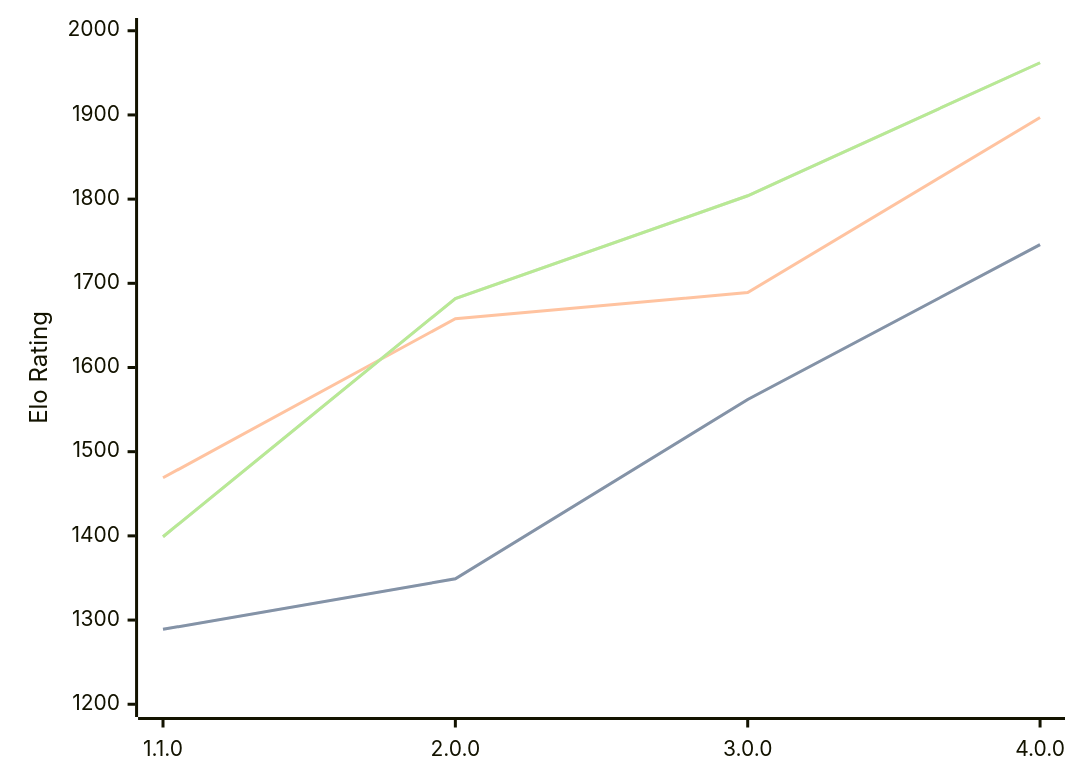
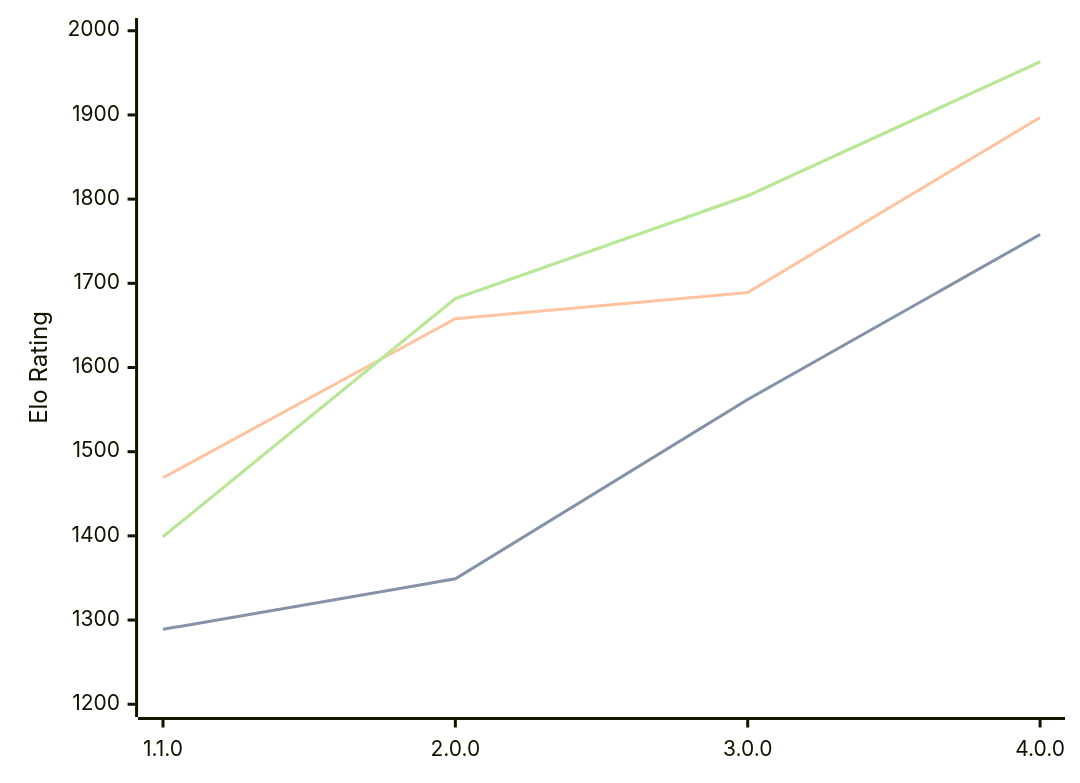
Before and after one commit to computer-chess-index/cci: the first of 3 diagrams in engines/Laura.md, drawn with Mermaid. The commit also changed other lines of this file, not shown here.

Commit message:
Update CCI Ratings (ELO VLTC) - 2026-07-08

````diff
--- a/engines/Laura.md
+++ b/engines/Laura.md
@@ -35,11 +35,11 @@
 ```mermaid
 %%{init: {"theme":"base","themeVariables":{"seriesColors:['#a3a3a3','#222221','#faa371']}}}%%
 xychart-beta
   x-axis ["1.1.0", "2.0.0", "3.0.0", "4.0.0"]
   y-axis "Elo Rating" 1200 --> 2000
-  line "STC (8.0+0.08s)" [1289, 1349, 1562, 1746]
-  line "STC (8.0+0.08s)" [1289, 1349, 1562, 1746]
+  line "STC (8.0+0.08s)" [1289, 1349, 1562, 1758]
+  line "STC (8.0+0.08s)" [1289, 1349, 1562, 1758]
   line "LTC (60.0+0.60s)" [1469, 1658, 1689, 1897]
-  line "VLTC (2m24s+1.12s)" [1399, 1682, 1804, 1962]
-  line "VLTC (2m24s+1.12s)" [1399, 1682, 1804, 1962]
+  line "VLTC (2m24s+1.12s)" [1399, 1682, 1804, 1963]
+  line "VLTC (2m24s+1.12s)" [1399, 1682, 1804, 1963]
 ```
````
